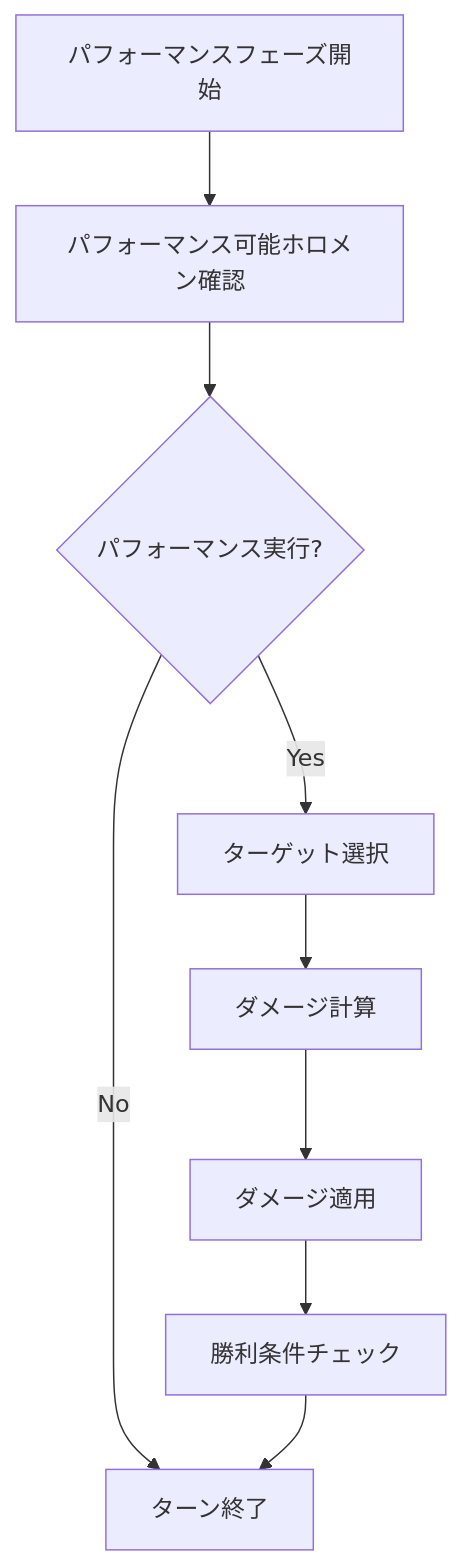
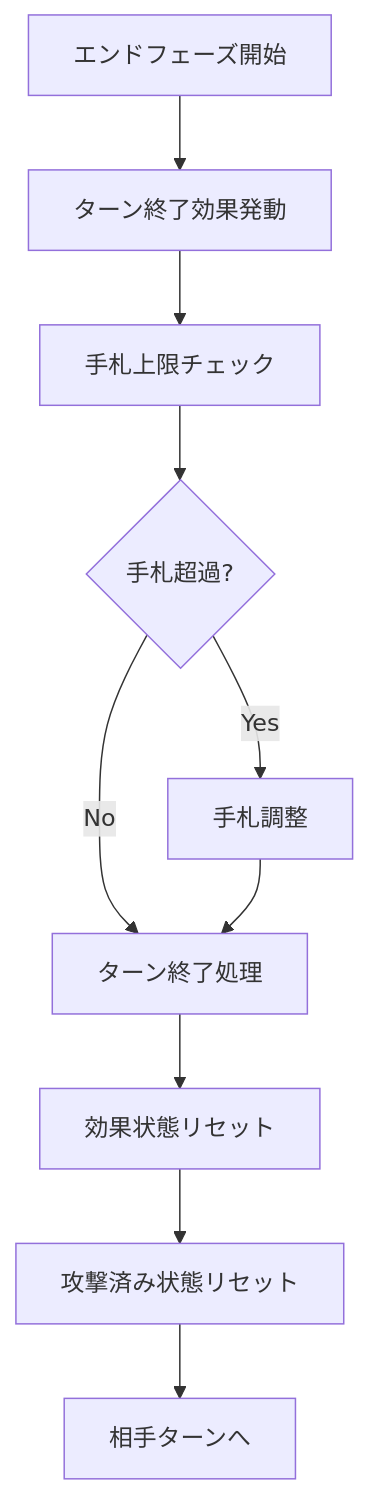
Before and after one commit to ikachan-desuyo/hololive_card_list_check: the seventh of 21 diagrams in battle_simulator/docs/STATE_FLOW.md, drawn with Mermaid. The commit also changed other lines of this file and 10 other files, not shown here.

````diff
--- a/battle_simulator/docs/STATE_FLOW.md
+++ b/battle_simulator/docs/STATE_FLOW.md
@@ -87,11 +116,12 @@
 ```mermaid
 flowchart TD
-    A[パフォーマンスフェーズ開始] --> B[パフォーマンス可能ホロメン確認]
-    B --> C{パフォーマンス実行?}
-    C -->|Yes| D[ターゲット選択]
-    C -->|No| H[ターン終了]
-    D --> E[ダメージ計算]
-    E --> F[ダメージ適用]
-    F --> G[勝利条件チェック]
-    G --> H
+    A[エンドフェーズ開始] --> B[ターン終了効果発動]
+    B --> C[手札上限チェック]
+    C --> D{手札超過?}
+    D -->|Yes| E[手札調整]
+    D -->|No| F[ターン終了処理]
+    E --> F
+    F --> G[効果状態リセット]
+    G --> H[攻撃済み状態リセット]
+    H --> I[相手ターンへ]
 ```
````
